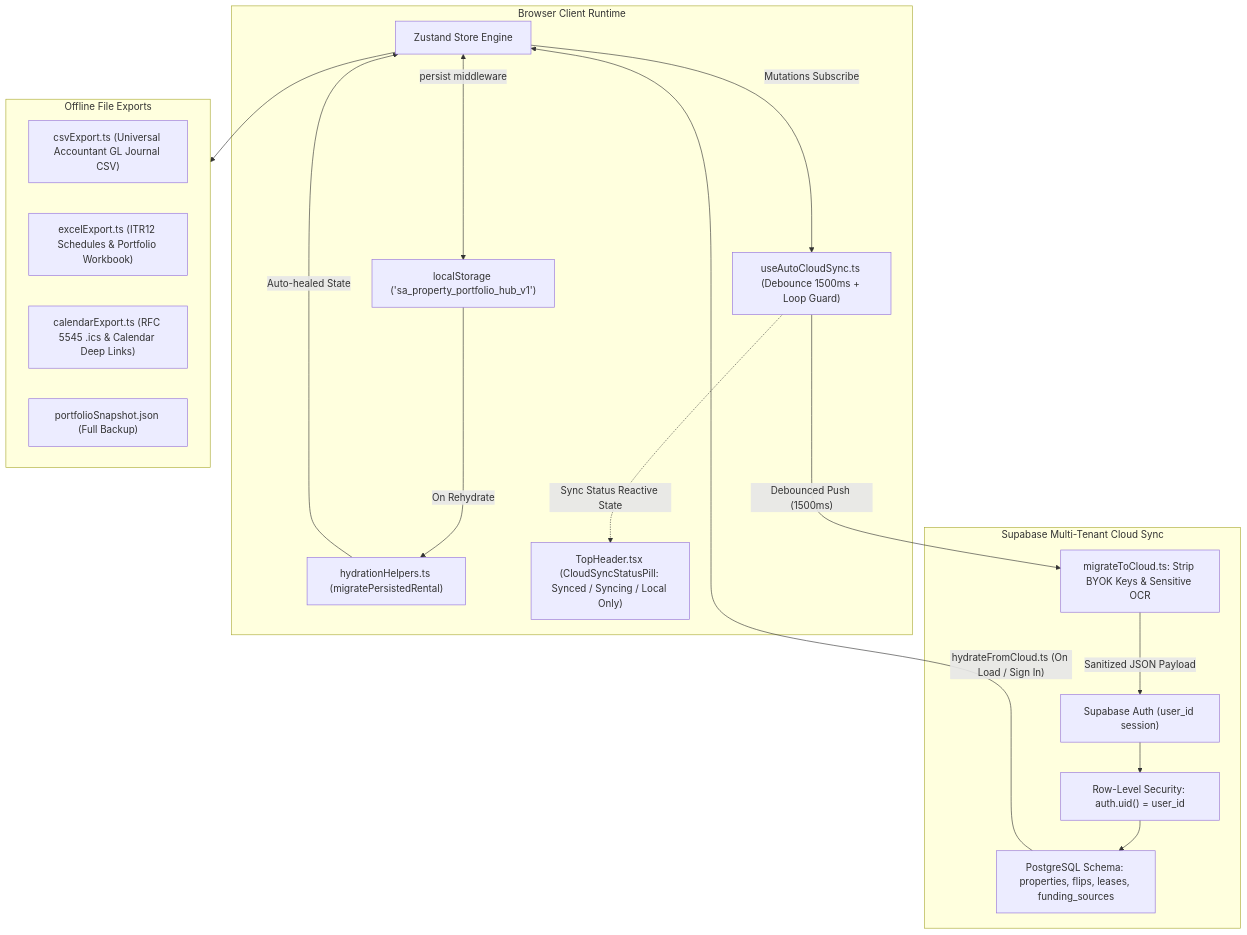
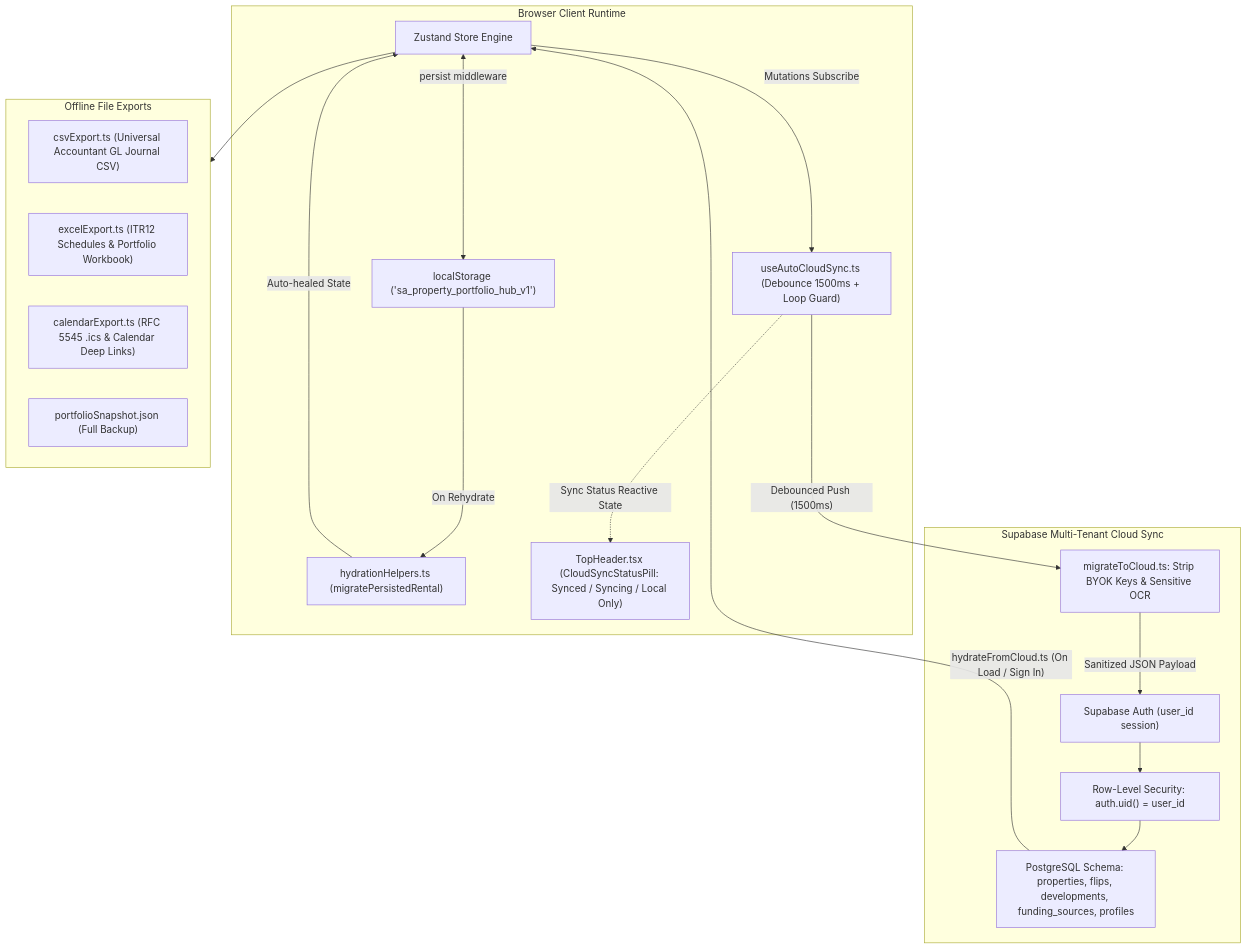
One commit to morokakk/sa-property-hub changed the sixth of 8 diagrams in ARCHITECTURE.md. Above: the diagram before and after it, drawn with Mermaid. The commit also changed other lines of this file and 1 other file, not shown here.

Commit message:
docs: update README and ARCHITECTURE to v2.8.0 for 11-slice store and developments engine

````diff
--- a/ARCHITECTURE.md
+++ b/ARCHITECTURE.md
@@ -374,38 +374,38 @@
 ```mermaid
 flowchart TD
   subgraph ClientRuntime["Browser Client Runtime"]
     ZUSTAND["Zustand Store Engine"]
     LOCAL["localStorage ('sa_property_portfolio_hub_v1')"]
     AUTO_HEAL["hydrationHelpers.ts (migratePersistedRental)"]
     SYNC_HOOK["useAutoCloudSync.ts (Debounce 1500ms + Loop Guard)"]
     PILL["TopHeader.tsx (CloudSyncStatusPill: Synced / Syncing / Local Only)"]
   end
 
   subgraph ExportEngine["Offline File Exports"]
     CSV_EXP["csvExport.ts (Universal Accountant GL Journal CSV)"]
     EXCEL_EXP["excelExport.ts (ITR12 Schedules & Portfolio Workbook)"]
     ICS_EXP["calendarExport.ts (RFC 5545 .ics & Calendar Deep Links)"]
     JSON_SNAP["portfolioSnapshot.json (Full Backup)"]
   end
 
   subgraph CloudSync["Supabase Multi-Tenant Cloud Sync"]
     AUTH["Supabase Auth (user_id session)"]
     RLS["Row-Level Security: auth.uid() = user_id"]
     SANITIZE["migrateToCloud.ts: Strip BYOK Keys & Sensitive OCR"]
-    TABLES["PostgreSQL Schema: properties, flips, leases, funding_sources"]
+    TABLES["PostgreSQL Schema: properties, flips, developments, funding_sources, profiles"]
   end
 
   ZUSTAND <-->|"persist middleware"| LOCAL
   LOCAL -->|"On Rehydrate"| AUTO_HEAL
   AUTO_HEAL -->|"Auto-healed State"| ZUSTAND
 
   ZUSTAND --> ExportEngine
 
   ZUSTAND -->|"Mutations Subscribe"| SYNC_HOOK
   SYNC_HOOK -->|"Debounced Push (1500ms)"| SANITIZE
   SYNC_HOOK -.->|"Sync Status Reactive State"| PILL
   SANITIZE -->|"Sanitized JSON Payload"| AUTH
   AUTH --> RLS
   RLS --> TABLES
   TABLES -->|"hydrateFromCloud.ts (On Load / Sign In)"| ZUSTAND
 ```
````
